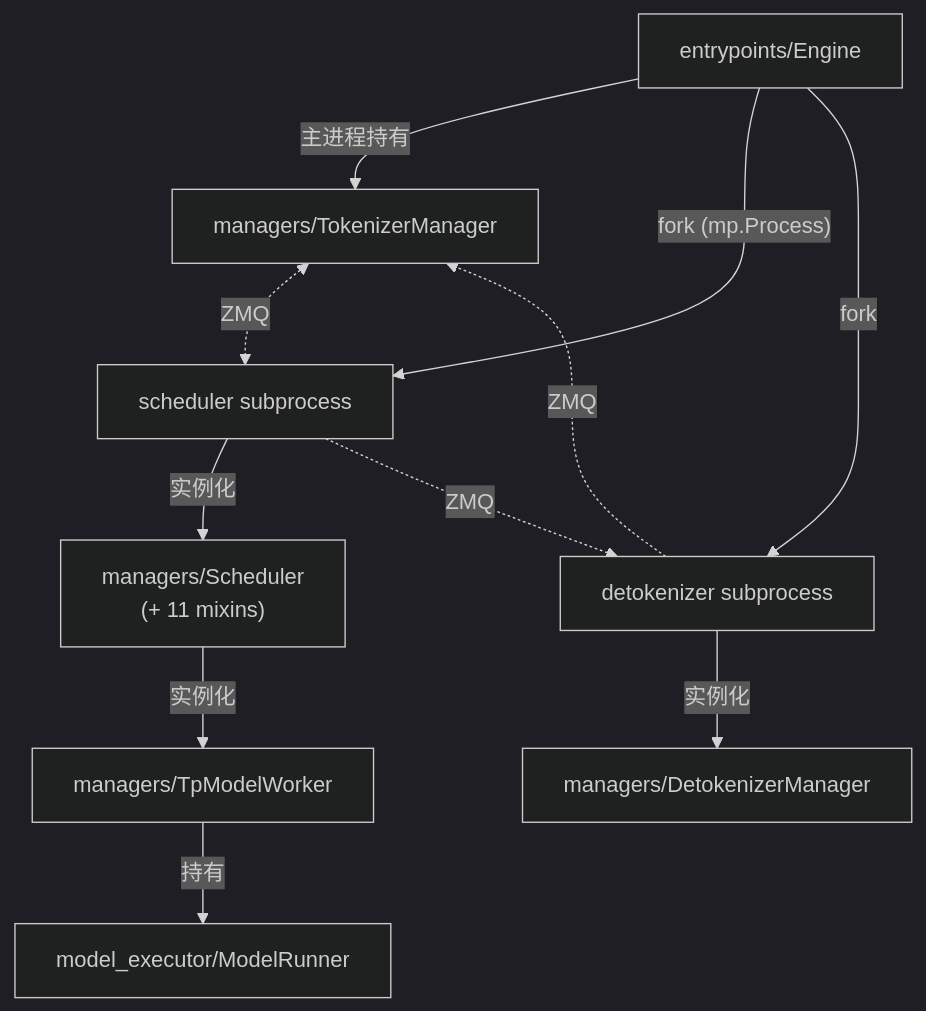
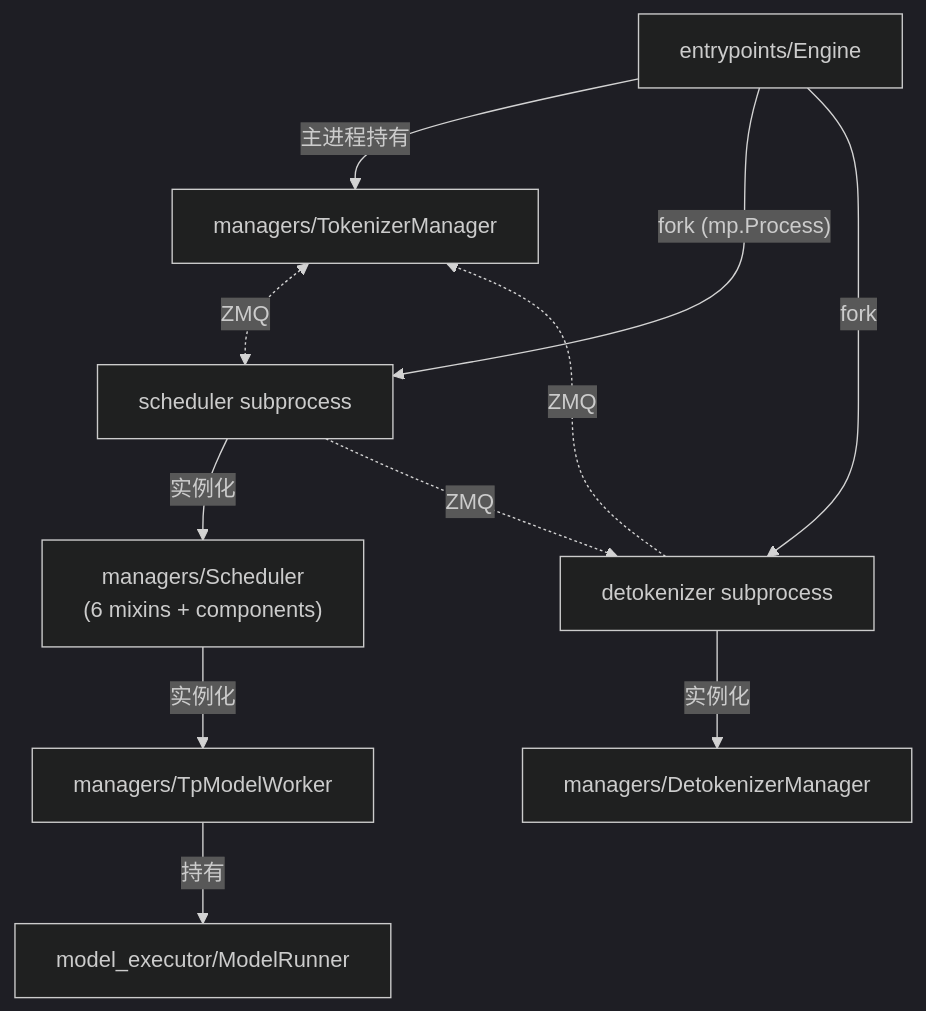
Before and after one commit to learning-sketch/wiki: the second of 2 diagrams in sglang/modules/managers.md, drawn with Mermaid (dark theme). The commit also changed other lines of this file and 7 other files, not shown here.

````diff
--- a/sglang/modules/managers.md
+++ b/sglang/modules/managers.md
@@ -188,13 +191,13 @@
 ```mermaid
 flowchart TB
     Engine["entrypoints/Engine"] -->|"主进程持有"| TokMgr["managers/TokenizerManager"]
     Engine -->|"fork (mp.Process)"| SchedProc["scheduler subprocess"]
     Engine -->|"fork"| DetokProc["detokenizer subprocess"]
-    SchedProc -->|"实例化"| Sched["managers/Scheduler<br/>(+ 11 mixins)"]
+    SchedProc -->|"实例化"| Sched["managers/Scheduler<br/>(6 mixins + components)"]
     Sched -->|"实例化"| TPW["managers/TpModelWorker"]
     TPW -->|"持有"| MR["model_executor/ModelRunner"]
     DetokProc -->|"实例化"| DetokMgr["managers/DetokenizerManager"]
     TokMgr <-.->|"ZMQ"| SchedProc
     SchedProc -.->|"ZMQ"| DetokProc
     DetokProc -.->|"ZMQ"| TokMgr
 ```
````
